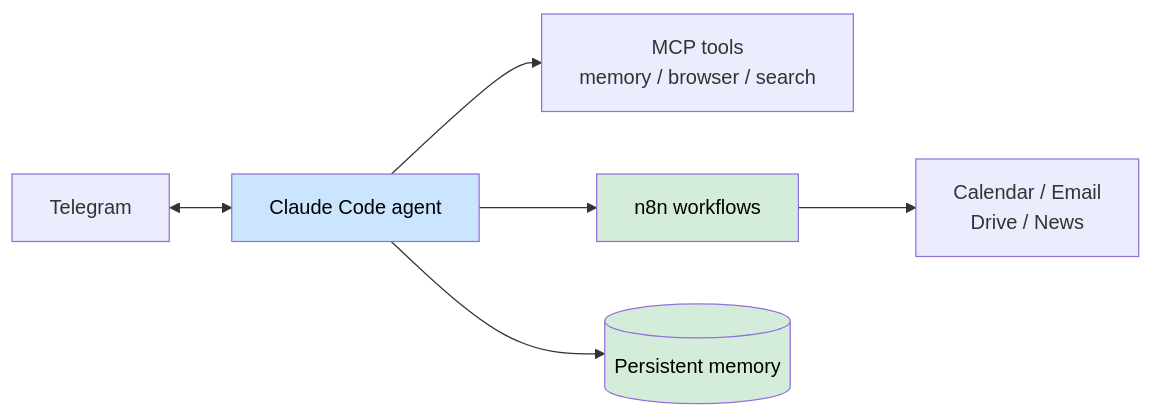
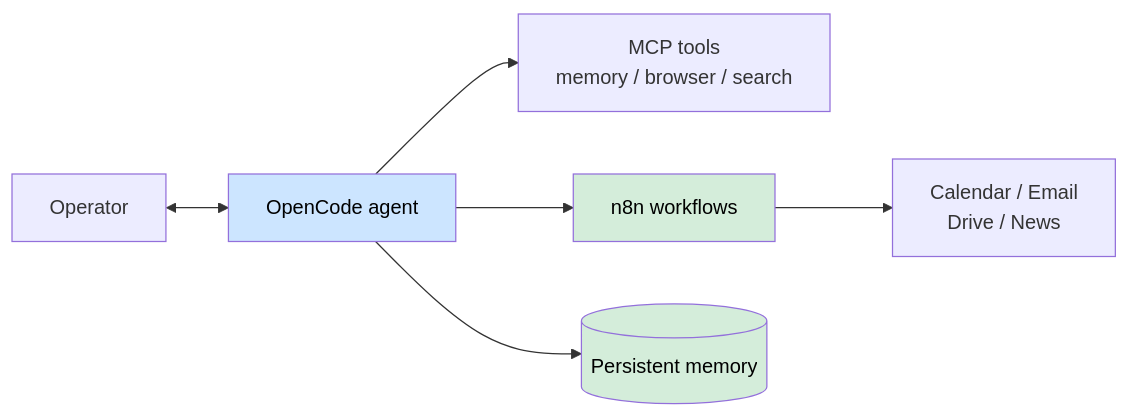
One commit to alanfong93/alanfong93 changed the seventh of 7 diagrams in README.md. Above: the diagram before and after it, drawn with Mermaid. The commit also changed other lines of this file, not shown here.

````diff
--- a/README.md
+++ b/README.md
@@ -158,11 +185,11 @@
 ```mermaid
 flowchart LR
-    TG[Telegram] <--> AGENT[Claude Code agent]
+    USER[Operator] <--> AGENT[OpenCode agent]
     AGENT --> MCP[MCP tools<br>memory / browser / search]
     AGENT --> N8N[n8n workflows]
     N8N --> SVC[Calendar / Email<br>Drive / News]
     AGENT --> MEM[(Persistent memory)]
     style AGENT fill:#cce5ff,color:#000
     style MEM fill:#d4edda,color:#000
     style N8N fill:#d4edda,color:#000
 ```
````
